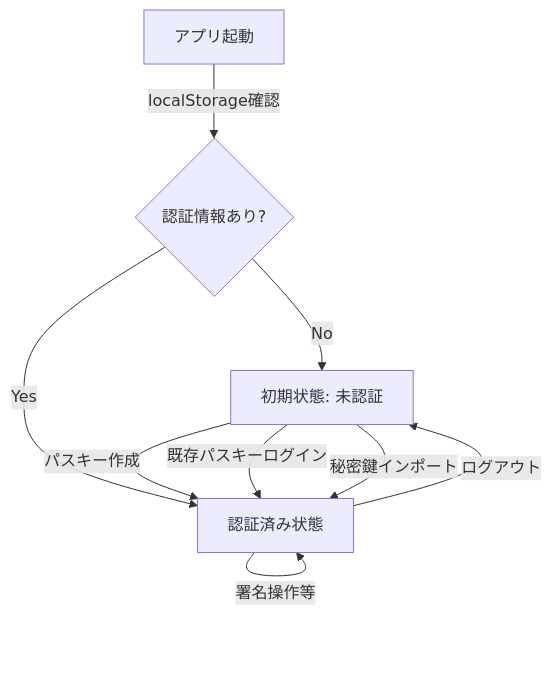
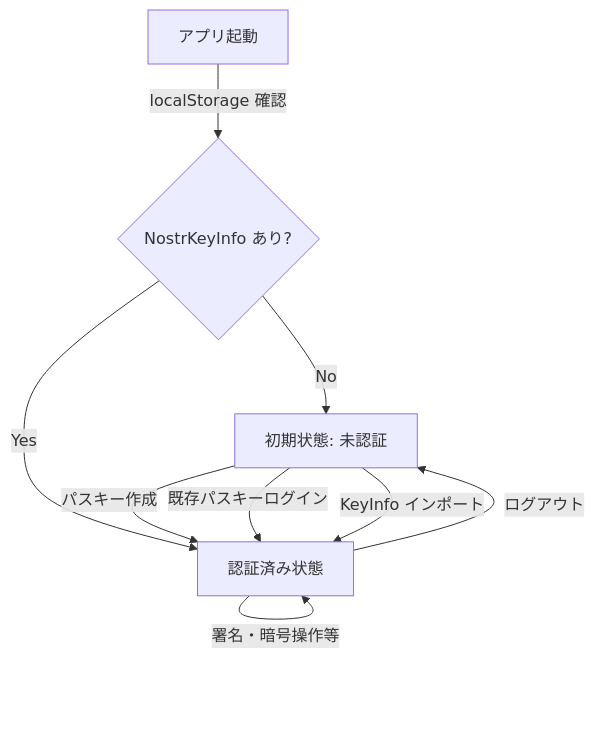
Before and after one commit to ocknamo/nosskey-sdk: the first of 2 diagrams in examples/svelte-app/svelte-app-design.md, drawn with Mermaid. The commit also changed other lines of this file and 6 other files, not shown here.

````diff
--- a/examples/svelte-app/svelte-app-design.md
+++ b/examples/svelte-app/svelte-app-design.md
@@ -329,13 +264,12 @@
 ```mermaid
 graph TD
     A[初期状態: 未認証] -->|パスキー作成| B[認証済み状態]
     A -->|既存パスキーログイン| B
-    A -->|秘密鍵インポート| B
-    B -->|署名操作等| B
+    A -->|KeyInfo インポート| B
+    B -->|署名・暗号操作等| B
     B -->|ログアウト| A
-    
-    %% 再訪問・復元フロー
-    C[アプリ起動] -->|localStorage確認| D{認証情報あり?}
+
+    C[アプリ起動] -->|localStorage 確認| D{NostrKeyInfo あり?}
     D -->|Yes| B
     D -->|No| A
 ```
````
